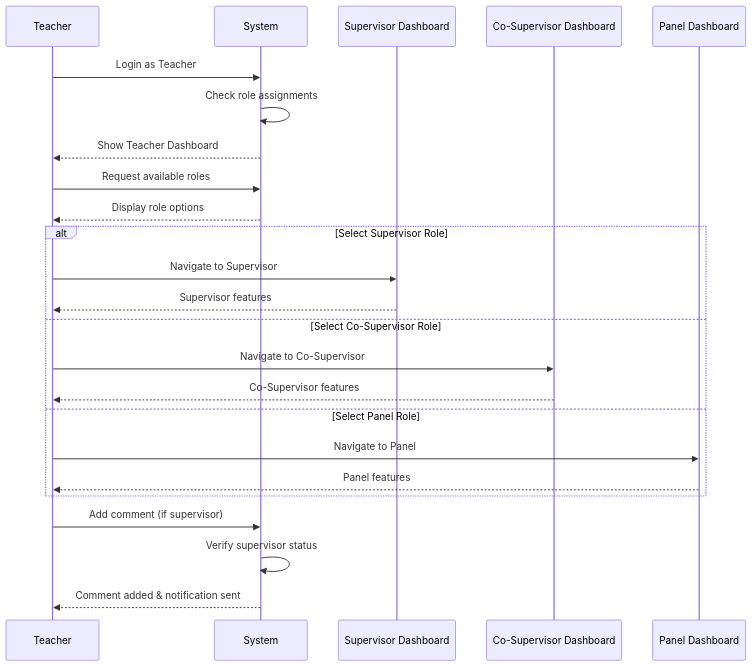
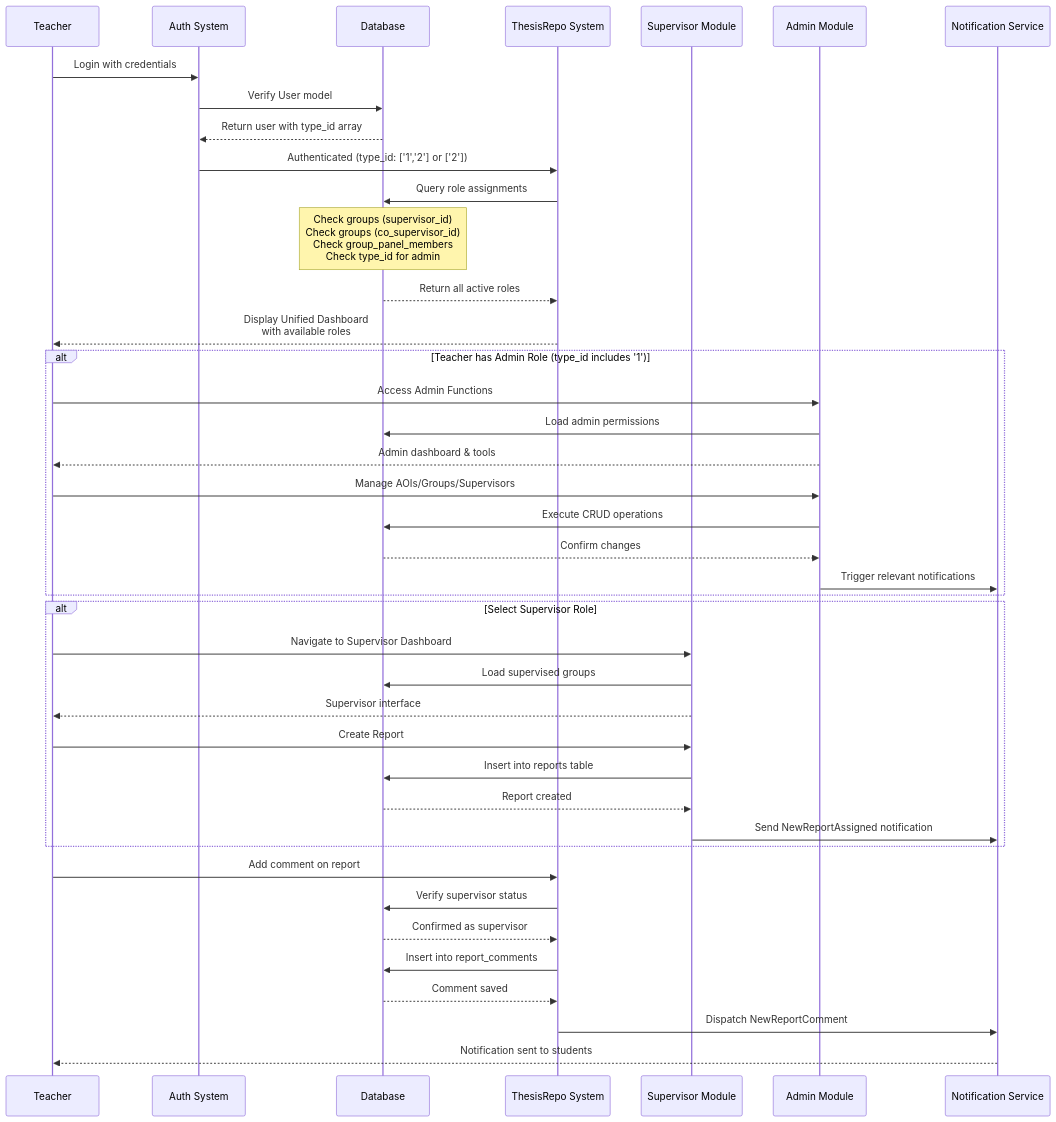
The sixth of 6 diagrams in documentation/roles/Teacher-use-case-diagram.md (abdullah2323442/thesisrepo-backup), drawn with Mermaid before and after one commit. The commit also changed other lines of this file, not shown here.

Commit message:
refactor(teacher-use-case-diagram): Enhance clarity and detail in Teacher role diagrams, adding multi-role support and administrative functions

````diff
--- a/documentation/roles/Teacher-use-case-diagram.md
+++ b/documentation/roles/Teacher-use-case-diagram.md
@@ -268,30 +442,51 @@
 ```mermaid
 sequenceDiagram
     participant T as Teacher
-    participant Sys as System
-    participant SD as Supervisor Dashboard
-    participant CD as Co-Supervisor Dashboard
-    participant PD as Panel Dashboard
+    participant Auth as Auth System
+    participant DB as Database
+    participant Sys as ThesisRepo System
+    participant SD as Supervisor Module
+    participant AD as Admin Module
+    participant Notif as Notification Service
     
-    T->>Sys: Login as Teacher
-    Sys->>Sys: Check role assignments
-    Sys-->>T: Show Teacher Dashboard
+    T->>Auth: Login with credentials
+    Auth->>DB: Verify User model
+    DB-->>Auth: Return user with type_id array
+    Auth->>Sys: Authenticated (type_id: ['1','2'] or ['2'])
     
-    T->>Sys: Request available roles
-    Sys-->>T: Display role options
+    Sys->>DB: Query role assignments
+    Note over DB: Check groups (supervisor_id)<br/>Check groups (co_supervisor_id)<br/>Check group_panel_members<br/>Check type_id for admin
+    DB-->>Sys: Return all active roles
+    
+    Sys-->>T: Display Unified Dashboard<br/>with available roles
+    
+    alt Teacher has Admin Role (type_id includes '1')
+        T->>AD: Access Admin Functions
+        AD->>DB: Load admin permissions
+        AD-->>T: Admin dashboard & tools
+        
+        T->>AD: Manage AOIs/Groups/Supervisors
+        AD->>DB: Execute CRUD operations
+        DB-->>AD: Confirm changes
+        AD->>Notif: Trigger relevant notifications
+    end
     
     alt Select Supervisor Role
-        T->>SD: Navigate to Supervisor
-        SD-->>T: Supervisor features
-    else Select Co-Supervisor Role
-        T->>CD: Navigate to Co-Supervisor
-        CD-->>T: Co-Supervisor features
-    else Select Panel Role
-        T->>PD: Navigate to Panel
-        PD-->>T: Panel features
+        T->>SD: Navigate to Supervisor Dashboard
+        SD->>DB: Load supervised groups
+        SD-->>T: Supervisor interface
+        
+        T->>SD: Create Report
+        SD->>DB: Insert into reports table
+        DB-->>SD: Report created
+        SD->>Notif: Send NewReportAssigned notification
     end
     
-    T->>Sys: Add comment (if supervisor)
-    Sys->>Sys: Verify supervisor status
-    Sys-->>T: Comment added & notification sent
+    T->>Sys: Add comment on report
+    Sys->>DB: Verify supervisor status
+    DB-->>Sys: Confirmed as supervisor
+    Sys->>DB: Insert into report_comments
+    DB-->>Sys: Comment saved
+    Sys->>Notif: Dispatch NewReportComment
+    Notif-->>T: Notification sent to students
 ```
````
